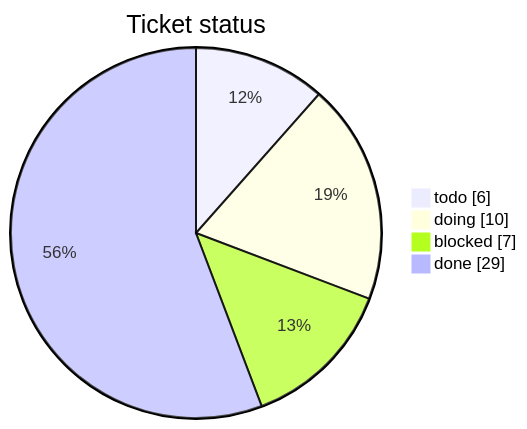
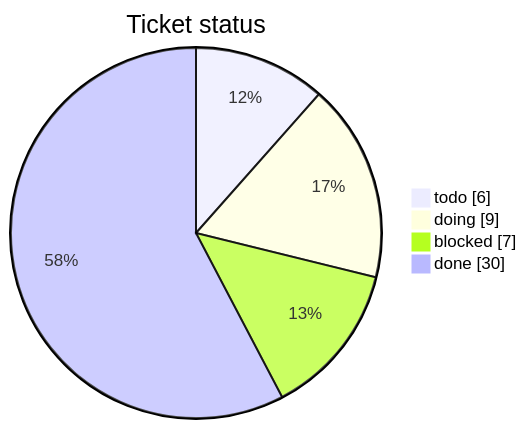
One commit to mohamed-soubhi/bootlab-esp changed the first of 3 diagrams in tickets/TICKETS.md. Above: the diagram before and after it, drawn with Mermaid. The commit also changed other lines of this file and 5 other files, not shown here.

````diff
--- a/tickets/TICKETS.md
+++ b/tickets/TICKETS.md
@@ -14,7 +14,7 @@
 ```mermaid
 pie showData title Ticket status
     "todo" : 6
-    "doing" : 10
+    "doing" : 9
     "blocked" : 7
-    "done" : 29
+    "done" : 30
 ```
````
